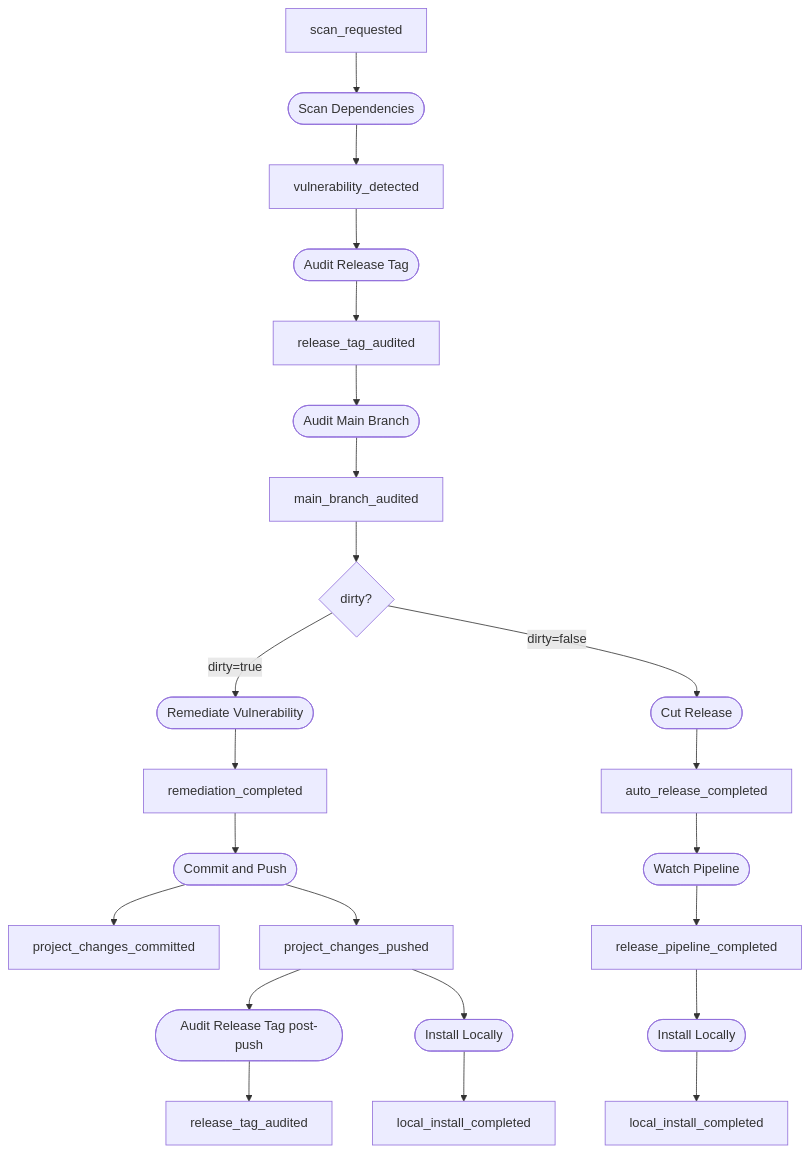
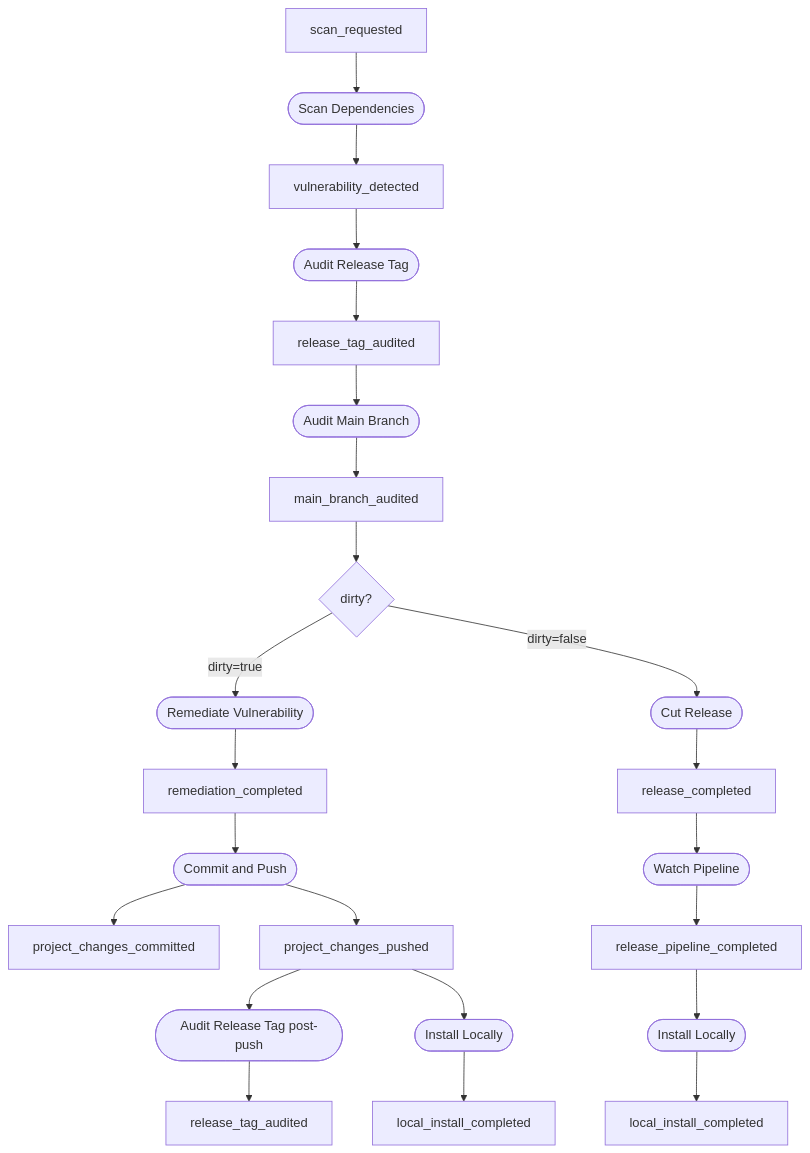
Before and after one commit to svetzal/foundry: the first of 2 diagrams in book/src/architecture/task-blocks.md, drawn with Mermaid. The commit also changed other lines of this file and 37 other files, not shown here.

````diff
--- a/book/src/architecture/task-blocks.md
+++ b/book/src/architecture/task-blocks.md
@@ -129,25 +129,25 @@
 ```mermaid
 flowchart TD
     A[scan_requested] --> B([Scan Dependencies])
     B --> C[vulnerability_detected]
     C --> D([Audit Release Tag])
     D --> E[release_tag_audited]
     E --> F([Audit Main Branch])
     F --> G[main_branch_audited]
     G --> H{dirty?}
     H -->|dirty=true| I([Remediate Vulnerability])
     I --> J[remediation_completed]
     J --> K([Commit and Push])
     K --> L[project_changes_committed]
     K --> M[project_changes_pushed]
     M --> N([Audit Release Tag post-push])
     N --> O[release_tag_audited]
     M --> P([Install Locally])
     P --> Q[local_install_completed]
     H -->|dirty=false| R([Cut Release])
-    R --> S[auto_release_completed]
+    R --> S[release_completed]
     S --> T([Watch Pipeline])
     T --> U[release_pipeline_completed]
     U --> V([Install Locally])
     V --> W[local_install_completed]
 ```
````
